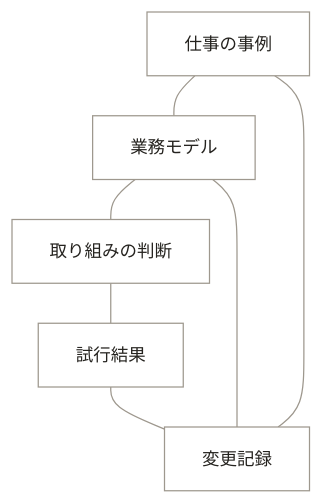
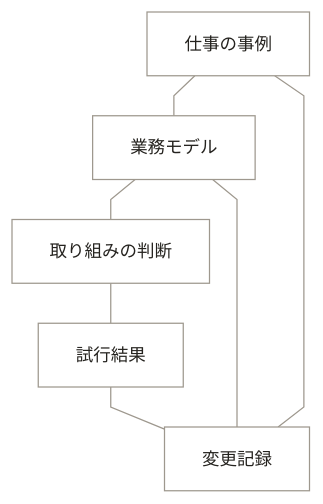
One commit to maakbo/fde changed the fourth of 4 diagrams in experiments/fde-product-pivot/visualization/README.md. Above: the diagram before and after it, drawn with Mermaid. The commit also changed other lines of this file, not shown here.

````diff
--- a/experiments/fde-product-pivot/visualization/README.md
+++ b/experiments/fde-product-pivot/visualization/README.md
@@ -136,33 +187,33 @@
 ```mermaid
 ---
 config:
   layout: dagre
   theme: neutral
   flowchart:
-    curve: basis
+    curve: linear
     htmlLabels: false
     nodeSpacing: 24
     rankSpacing: 32
   themeVariables:
     lineColor: "#9E988E"
     fontFamily: "Inter, Hiragino Sans, sans-serif"
     fontSize: "14px"
 ---
 flowchart TB
   accTitle: fdeを育てる仕事で扱う情報
   accDescr: 仕事の事例、業務モデル、取り組みの判断、試行結果、変更記録がどう関係するか。
   %% 関連線だけを表示。業務の順番、保存形式、多重度は規定しない。
   i_work_example["仕事の事例"]
   i_work_model["業務モデル"]
   i_direction["取り組みの判断"]
   i_trial["試行結果"]
   i_change["変更記録"]
   i_work_example --- i_work_model
   i_work_model --- i_direction
   i_direction --- i_trial
   i_trial --- i_change
   i_work_example --- i_change
   i_work_model --- i_change
   classDef entity fill:#FFFFFF,stroke:#9E988E,stroke-width:1px,color:#25231F
   class i_work_example,i_work_model,i_direction,i_trial,i_change entity
 ```
````
